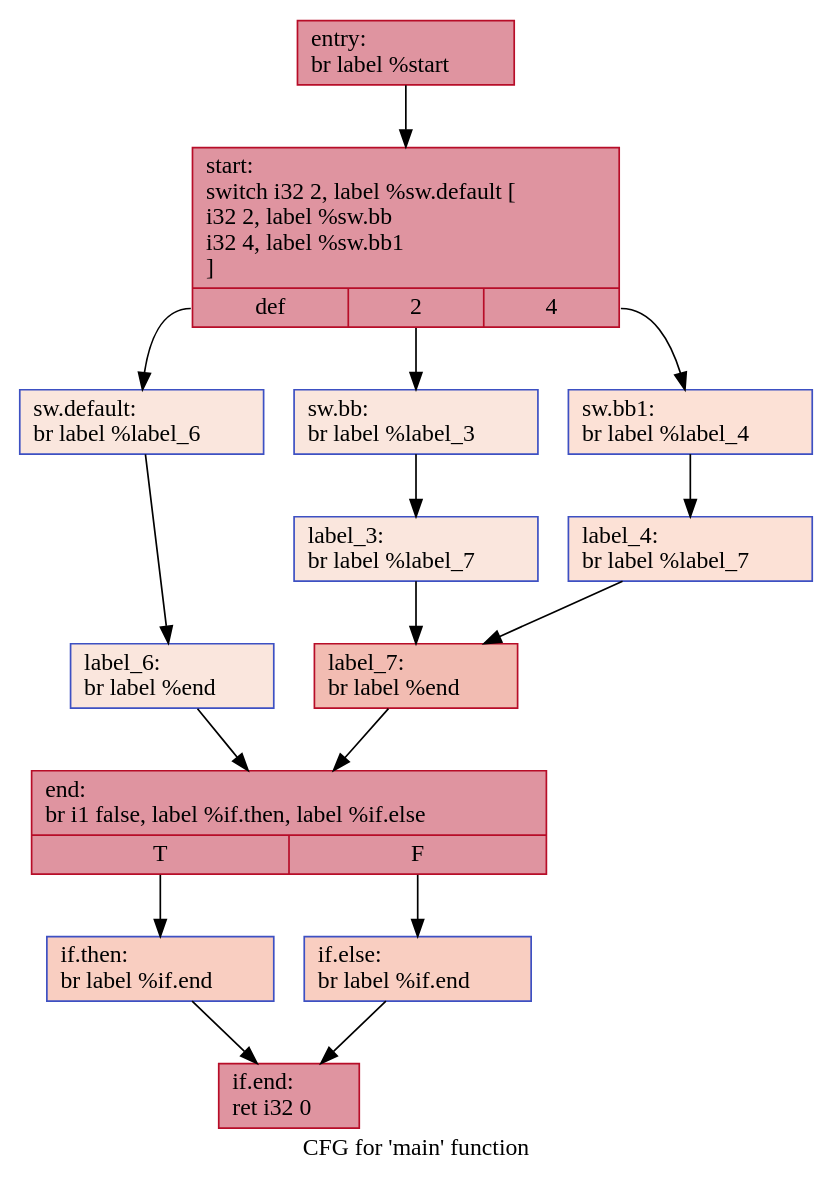
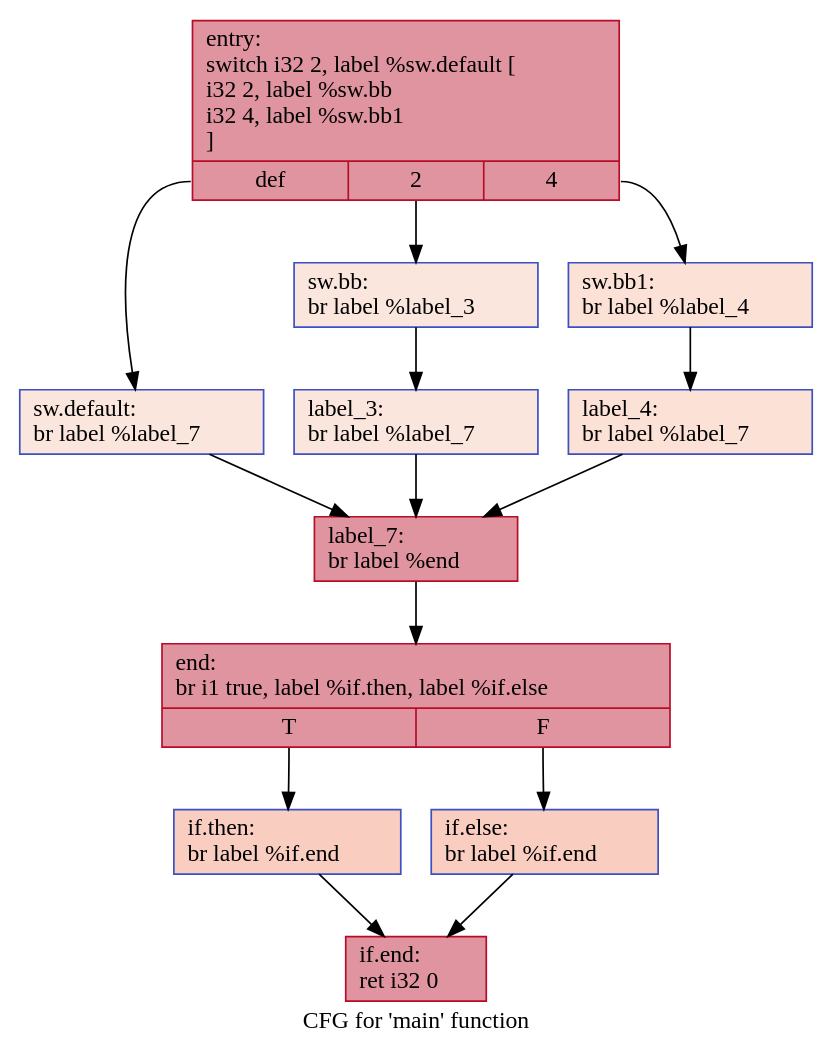
The diagram in IR/cfg/SCCP_BASELINE.dot (HPSSA-LLVM/HPSSA-LLVM), drawn with Graphviz before and after one commit. The commit also changed 37 other files, not shown here.

```diff
--- a/IR/cfg/SCCP_BASELINE.dot
+++ b/IR/cfg/SCCP_BASELINE.dot
@@ -1,32 +1,28 @@
 digraph "CFG for 'main' function" {
 	label="CFG for 'main' function";
 
-	Node0x559cfbbdf790 [shape=record,color="#b70d28ff", style=filled, fillcolor="#b70d2870",label="{entry:\l  br label %start\l}"];
-	Node0x559cfbbdf790 -> Node0x559cfbbdf8c0;
-	Node0x559cfbbdf8c0 [shape=record,color="#b70d28ff", style=filled, fillcolor="#b70d2870",label="{start:                                            \l  switch i32 2, label %sw.default [\l    i32 2, label %sw.bb\l    i32 4, label %sw.bb1\l  ]\l|{<s0>def|<s1>2|<s2>4}}"];
-	Node0x559cfbbdf8c0:s0 -> Node0x559cfbbdf9a0;
-	Node0x559cfbbdf8c0:s1 -> Node0x559cfbbdfa20;
-	Node0x559cfbbdf8c0:s2 -> Node0x559cfbbdfac0;
-	Node0x559cfbbdfa20 [shape=record,color="#3d50c3ff", style=filled, fillcolor="#f3c7b170",label="{sw.bb:                                            \l  br label %label_3\l}"];
-	Node0x559cfbbdfa20 -> Node0x559cfbbdfc50;
-	Node0x559cfbbdfac0 [shape=record,color="#3d50c3ff", style=filled, fillcolor="#f7bca170",label="{sw.bb1:                                           \l  br label %label_4\l}"];
-	Node0x559cfbbdfac0 -> Node0x559cfbbdfd30;
-	Node0x559cfbbdf9a0 [shape=record,color="#3d50c3ff", style=filled, fillcolor="#f3c7b170",label="{sw.default:                                       \l  br label %label_6\l}"];
-	Node0x559cfbbdf9a0 -> Node0x559cfbbdfe10;
-	Node0x559cfbbdfc50 [shape=record,color="#3d50c3ff", style=filled, fillcolor="#f3c7b170",label="{label_3:                                          \l  br label %label_7\l}"];
-	Node0x559cfbbdfc50 -> Node0x559cfbbdfef0;
-	Node0x559cfbbdfd30 [shape=record,color="#3d50c3ff", style=filled, fillcolor="#f7bca170",label="{label_4:                                          \l  br label %label_7\l}"];
-	Node0x559cfbbdfd30 -> Node0x559cfbbdfef0;
-	Node0x559cfbbdfef0 [shape=record,color="#b70d28ff", style=filled, fillcolor="#e1675170",label="{label_7:                                          \l  br label %end\l}"];
-	Node0x559cfbbdfef0 -> Node0x559cfbbe0040;
-	Node0x559cfbbdfe10 [shape=record,color="#3d50c3ff", style=filled, fillcolor="#f3c7b170",label="{label_6:                                          \l  br label %end\l}"];
-	Node0x559cfbbdfe10 -> Node0x559cfbbe0040;
-	Node0x559cfbbe0040 [shape=record,color="#b70d28ff", style=filled, fillcolor="#b70d2870",label="{end:                                              \l  br i1 false, label %if.then, label %if.else\l|{<s0>T|<s1>F}}"];
-	Node0x559cfbbe0040:s0 -> Node0x559cfbbe01c0;
-	Node0x559cfbbe0040:s1 -> Node0x559cfbbe0230;
-	Node0x559cfbbe01c0 [shape=record,color="#3d50c3ff", style=filled, fillcolor="#f2907270",label="{if.then:                                          \l  br label %if.end\l}"];
-	Node0x559cfbbe01c0 -> Node0x559cfbbe0350;
-	Node0x559cfbbe0230 [shape=record,color="#3d50c3ff", style=filled, fillcolor="#f2907270",label="{if.else:                                          \l  br label %if.end\l}"];
-	Node0x559cfbbe0230 -> Node0x559cfbbe0350;
-	Node0x559cfbbe0350 [shape=record,color="#b70d28ff", style=filled, fillcolor="#b70d2870",label="{if.end:                                           \l  ret i32 0\l}"];
+	Node0x55d320f826e0 [shape=record,color="#b70d28ff", style=filled, fillcolor="#b70d2870",label="{entry:\l  switch i32 2, label %sw.default [\l    i32 2, label %sw.bb\l    i32 4, label %sw.bb1\l  ]\l|{<s0>def|<s1>2|<s2>4}}"];
+	Node0x55d320f826e0:s0 -> Node0x55d320f82810;
+	Node0x55d320f826e0:s1 -> Node0x55d320f82890;
+	Node0x55d320f826e0:s2 -> Node0x55d320f82930;
+	Node0x55d320f82890 [shape=record,color="#3d50c3ff", style=filled, fillcolor="#f3c7b170",label="{sw.bb:                                            \l  br label %label_3\l}"];
+	Node0x55d320f82890 -> Node0x55d320f82ac0;
+	Node0x55d320f82930 [shape=record,color="#3d50c3ff", style=filled, fillcolor="#f7bca170",label="{sw.bb1:                                           \l  br label %label_4\l}"];
+	Node0x55d320f82930 -> Node0x55d320f82ba0;
+	Node0x55d320f82810 [shape=record,color="#3d50c3ff", style=filled, fillcolor="#f3c7b170",label="{sw.default:                                       \l  br label %label_7\l}"];
+	Node0x55d320f82810 -> Node0x55d320f82c80;
+	Node0x55d320f82ac0 [shape=record,color="#3d50c3ff", style=filled, fillcolor="#f3c7b170",label="{label_3:                                          \l  br label %label_7\l}"];
+	Node0x55d320f82ac0 -> Node0x55d320f82c80;
+	Node0x55d320f82ba0 [shape=record,color="#3d50c3ff", style=filled, fillcolor="#f7bca170",label="{label_4:                                          \l  br label %label_7\l}"];
+	Node0x55d320f82ba0 -> Node0x55d320f82c80;
+	Node0x55d320f82c80 [shape=record,color="#b70d28ff", style=filled, fillcolor="#b70d2870",label="{label_7:                                          \l  br label %end\l}"];
+	Node0x55d320f82c80 -> Node0x55d320f82e40;
+	Node0x55d320f82e40 [shape=record,color="#b70d28ff", style=filled, fillcolor="#b70d2870",label="{end:                                              \l  br i1 true, label %if.then, label %if.else\l|{<s0>T|<s1>F}}"];
+	Node0x55d320f82e40:s0 -> Node0x55d320f82f50;
+	Node0x55d320f82e40:s1 -> Node0x55d320f82fc0;
+	Node0x55d320f82f50 [shape=record,color="#3d50c3ff", style=filled, fillcolor="#f2907270",label="{if.then:                                          \l  br label %if.end\l}"];
+	Node0x55d320f82f50 -> Node0x55d320f830e0;
+	Node0x55d320f82fc0 [shape=record,color="#3d50c3ff", style=filled, fillcolor="#f2907270",label="{if.else:                                          \l  br label %if.end\l}"];
+	Node0x55d320f82fc0 -> Node0x55d320f830e0;
+	Node0x55d320f830e0 [shape=record,color="#b70d28ff", style=filled, fillcolor="#b70d2870",label="{if.end:                                           \l  ret i32 0\l}"];
 }
```
